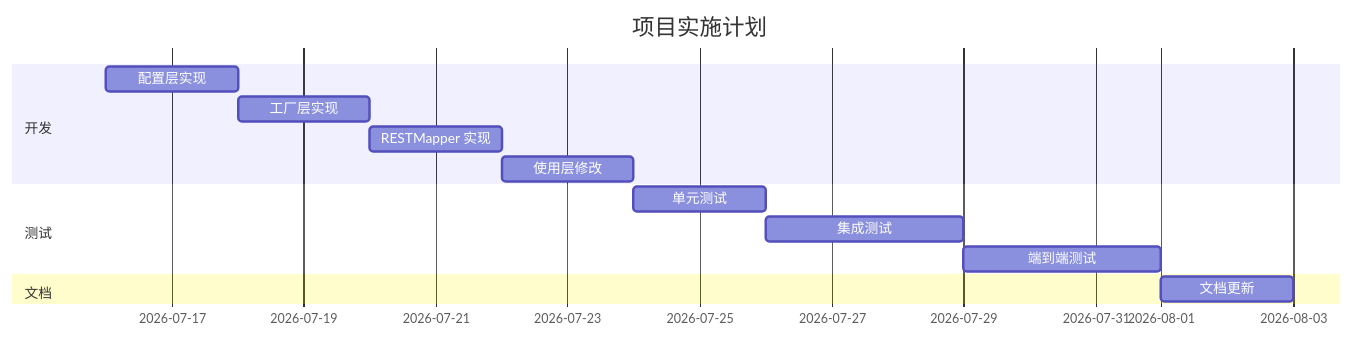
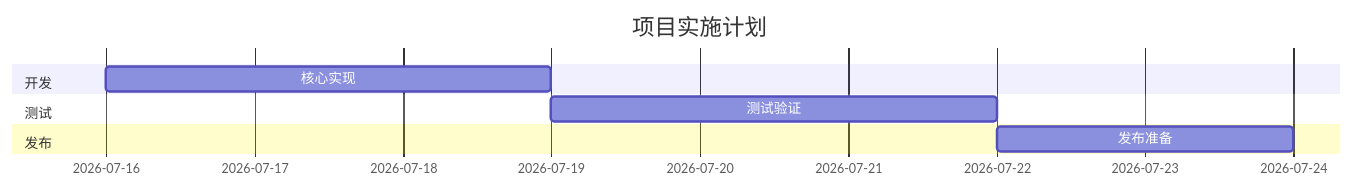
Before and after one commit to javadoors/cluster-api-provider-bke: the seventh of 7 diagrams in code/performance/report/api-throttling-optimization.md, drawn with Mermaid. The commit also changed other lines of this file, not shown here.

````diff
--- a/code/performance/report/api-throttling-optimization.md
+++ b/code/performance/report/api-throttling-optimization.md
@@ -833,16 +818,11 @@
 ```mermaid
 gantt
     title 项目实施计划
     dateFormat  YYYY-MM-DD
     section 开发
-    配置层实现           :a1, 2026-07-16, 2d
-    工厂层实现           :a2, after a1, 2d
-    RESTMapper 实现      :a3, after a2, 2d
-    使用层修改           :a4, after a3, 2d
+    核心实现             :a1, 2026-07-16, 3d
     section 测试
-    单元测试             :b1, after a4, 2d
-    集成测试             :b2, after b1, 3d
-    端到端测试           :b3, after b2, 3d
-    section 文档
-    文档更新             :c1, after b3, 2d
+    测试验证             :b1, after a1, 3d
+    section 发布
+    发布准备             :c1, after b1, 2d
 ```
````
